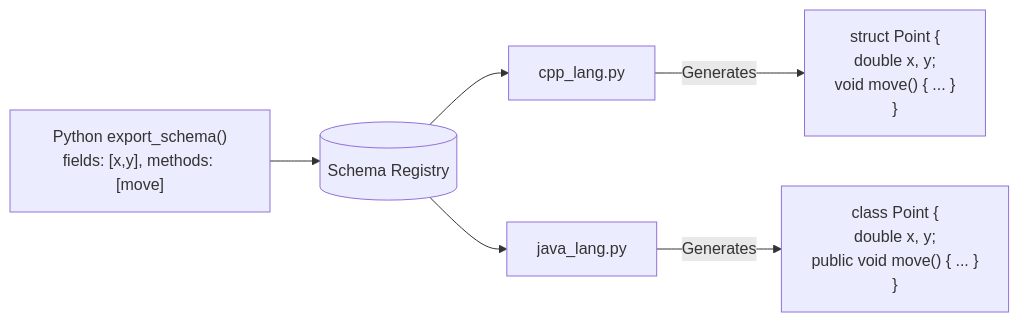
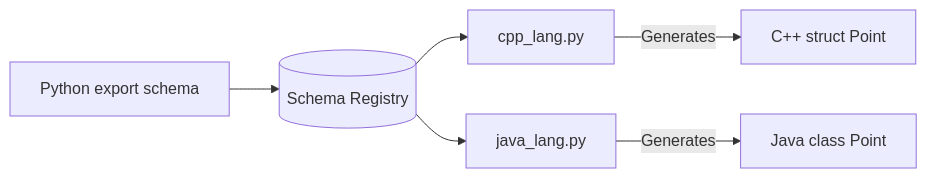
The sixth of 6 diagrams in ARCHITECTURE.md (gSIREESH24/PNI), drawn with Mermaid before and after one commit. The commit also changed other lines of this file, not shown here.

````diff
--- a/ARCHITECTURE.md
+++ b/ARCHITECTURE.md
@@ -141,10 +141,10 @@
 ```mermaid
 flowchart LR
-    PySchema["Python export_schema()<br>fields: [x,y], methods: [move]"] --> Registry[(Schema Registry)]
+    PySchema["Python export schema"] --> Registry[("Schema Registry")]
     
-    Registry --> C_Adapter[cpp_lang.py]
-    C_Adapter -->|Generates| C_Code["struct Point {<br>double x, y;<br>void move() { ... }<br>}"]
+    Registry --> C_Adapter["cpp_lang.py"]
+    C_Adapter -->|"Generates"| C_Code["C++ struct Point"]
     
-    Registry --> Java_Adapter[java_lang.py]
-    Java_Adapter -->|Generates| Java_Code["class Point {<br>double x, y;<br>public void move() { ... }<br>}"]
+    Registry --> Java_Adapter["java_lang.py"]
+    Java_Adapter -->|"Generates"| Java_Code["Java class Point"]
 ```
````
